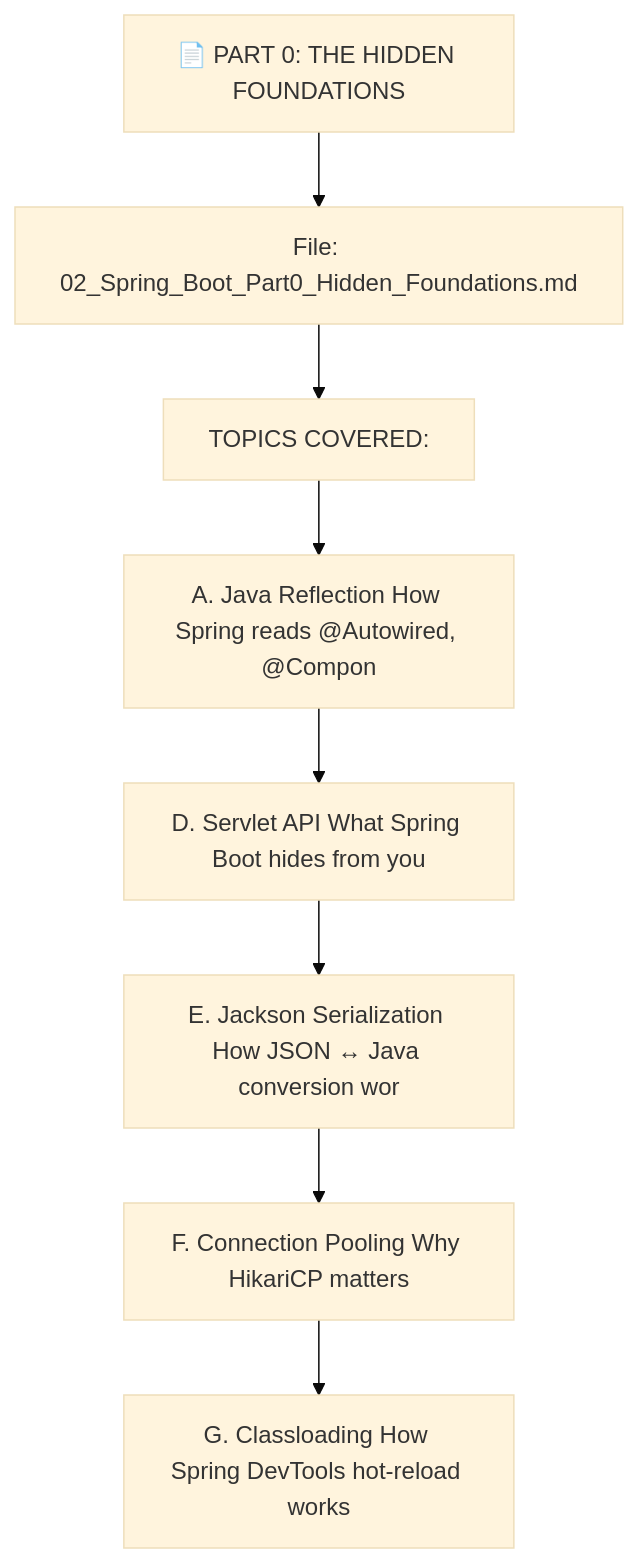
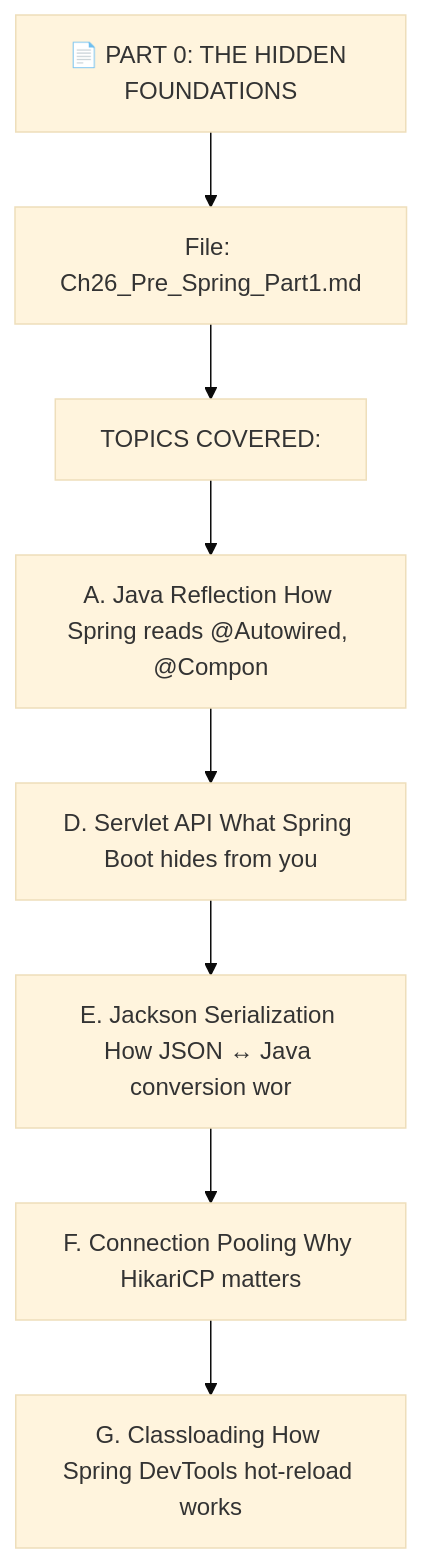
The third of 11 diagrams in 07_Modern_Java/Ch24_Spring_Boot_Roadmap.md (SaiHarsha502vvit/Daily-Prep), drawn with Mermaid (base theme) before and after one commit. The commit also changed other lines of this file and 93 other files, not shown here.

````diff
--- a/07_Modern_Java/Ch24_Spring_Boot_Roadmap.md
+++ b/07_Modern_Java/Ch24_Spring_Boot_Roadmap.md
@@ -307,18 +307,18 @@
 ```mermaid
 flowchart TD
     N1["📄 PART 0: THE HIDDEN FOUNDATIONS"]
-    N2["File: 02_Spring_Boot_Part0_Hidden_Foundations.md"]
+    N2["File: Ch26_Pre_Spring_Part1.md"]
     N3["TOPICS COVERED:"]
     N4["A. Java Reflection How Spring reads @Autowired, @Compon"]
     N5["D. Servlet API What Spring Boot hides from you"]
     N6["E. Jackson Serialization How JSON ↔ Java conversion wor"]
     N7["F. Connection Pooling Why HikariCP matters"]
     N8["G. Classloading How Spring DevTools hot-reload works"]
     N1 --> N2
     N2 --> N3
     N3 --> N4
     N4 --> N5
     N5 --> N6
     N6 --> N7
     N7 --> N8
 ```
````
